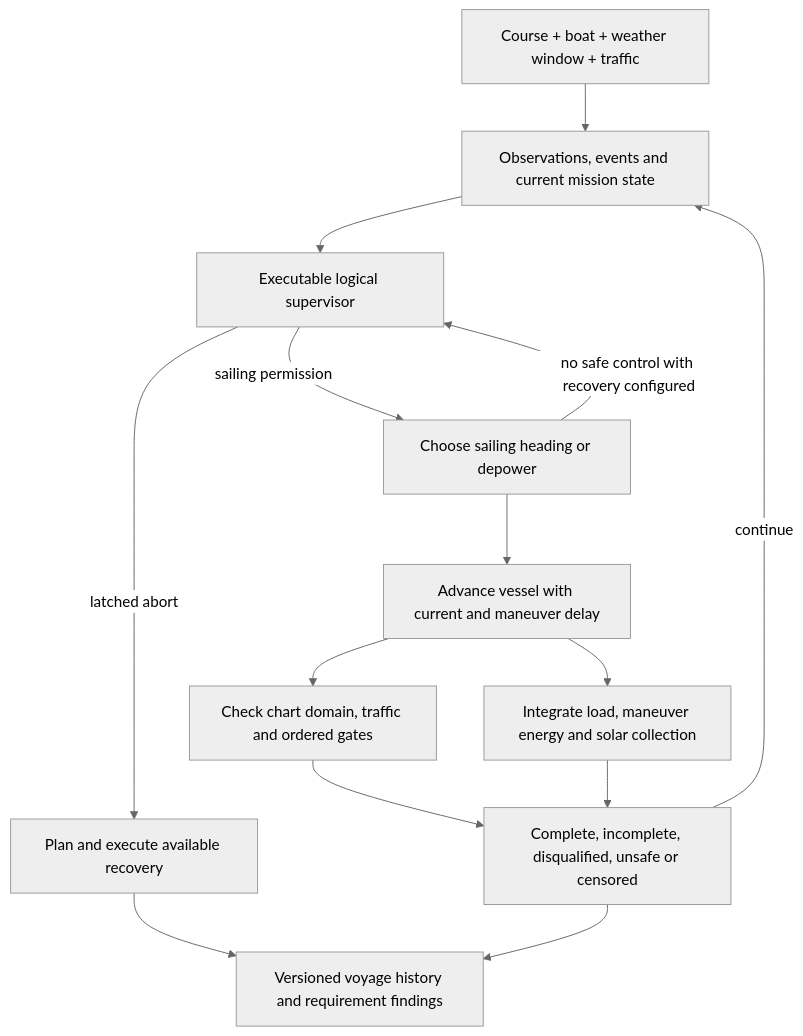
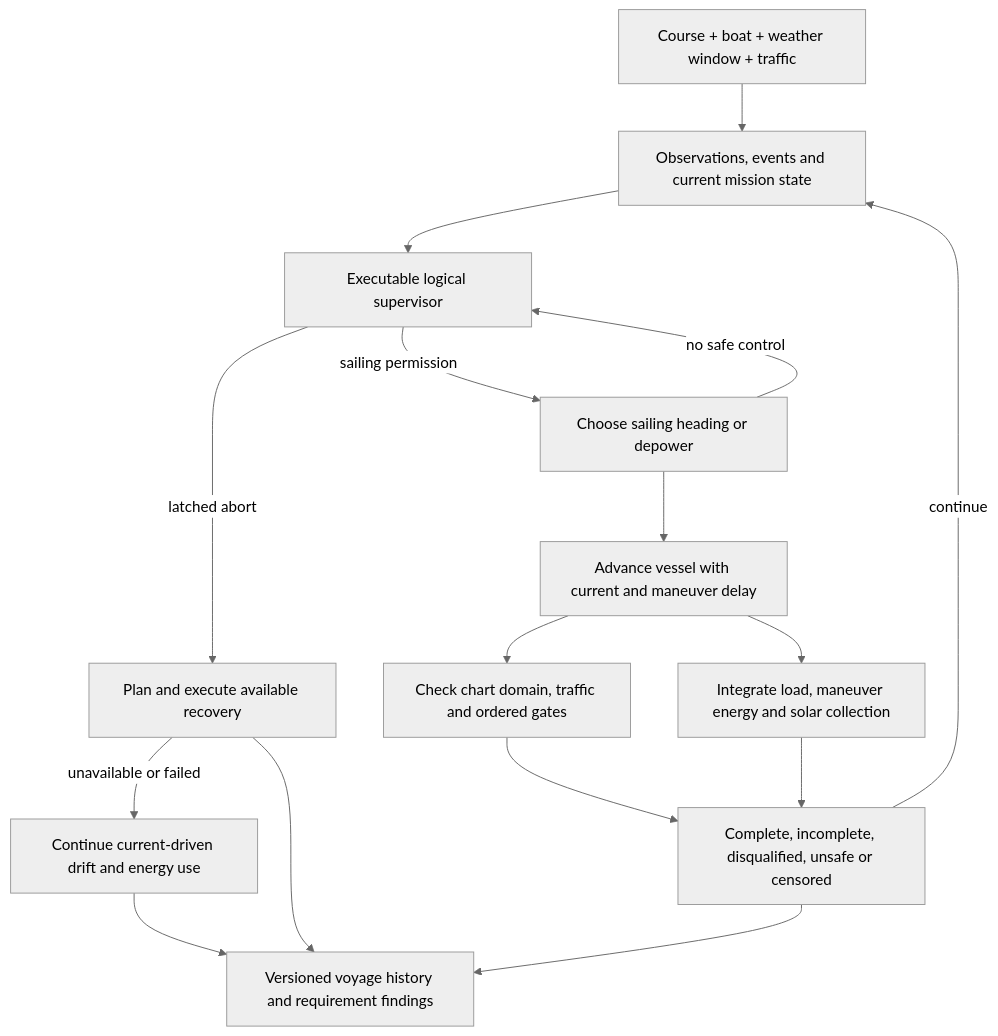
One commit to DavidIngraham/sv-blue-dog changed the first of 2 diagrams in docs/mission-simulation.md. Above: the diagram before and after it, drawn with Mermaid (neutral theme). The commit also changed other lines of this file and 10 other files, not shown here.

Commit message:
Publish current OOSEM timing, recovery and measured-load methods with spiral evidence

````diff
--- a/docs/mission-simulation.md
+++ b/docs/mission-simulation.md
@@ -41,16 +41,18 @@
 ```mermaid
 flowchart TD
     scenario["Course + boat + weather window + traffic"] --> observations["Observations, events and current mission state"]
     observations --> supervisor["Executable logical supervisor"]
     supervisor -->|sailing permission| guidance["Choose sailing heading or depower"]
     supervisor -->|latched abort| recovery["Plan and execute available recovery"]
+    recovery -->|unavailable or failed| drift["Continue current-driven drift and energy use"]
+    drift --> evidence
     recovery --> evidence
-    guidance -->|no safe control with recovery configured| supervisor
+    guidance -->|no safe control| supervisor
     guidance --> motion["Advance vessel with current and maneuver delay"]
     motion --> checks["Check chart domain, traffic and ordered gates"]
     motion --> energy["Integrate load, maneuver energy and solar collection"]
     checks --> outcome["Complete, incomplete, disqualified, unsafe or censored"]
     energy --> outcome
     outcome -->|continue| observations
     outcome --> evidence["Versioned voyage history and requirement findings"]
 ```
````
